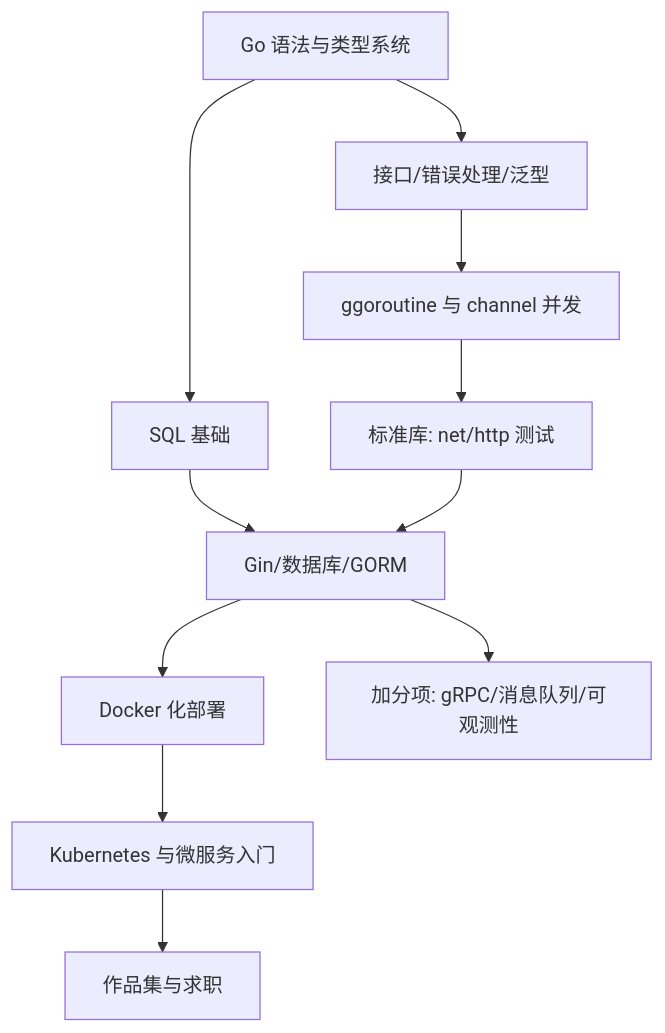
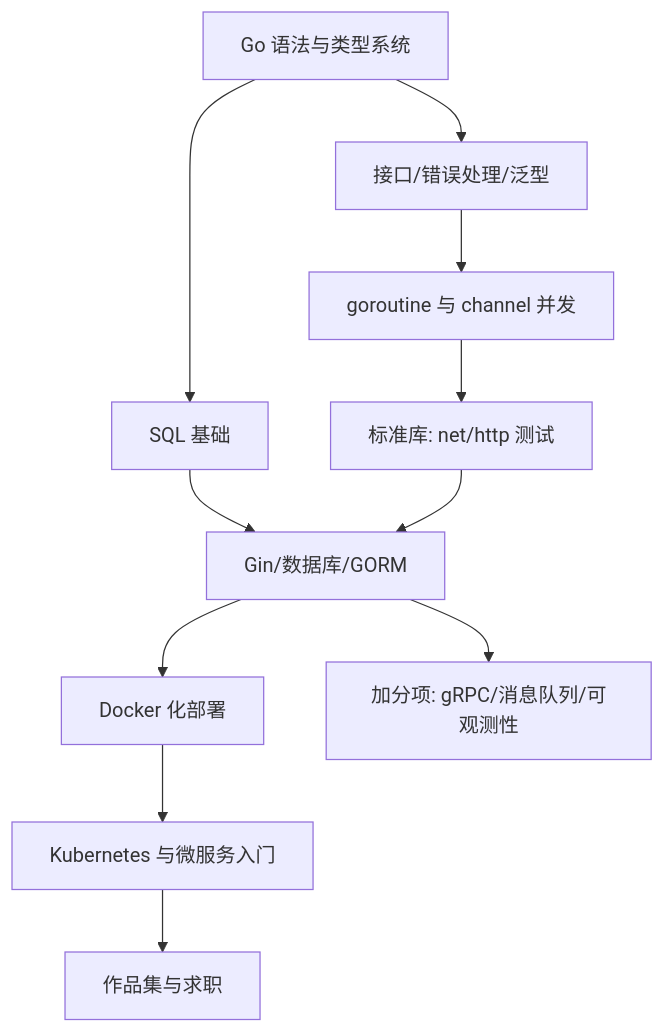
One commit to fanquanpp/FANDEX changed the diagram in cnt-content/full/042-roadmap/040-BackendGoRoute.md. Above: the diagram before and after it, drawn with Mermaid. The commit also changed 60 other files, not shown here.

First line of the commit message:
content(learning-notes): 波次一——入门链/路线图/git/github/python/html/css 学习笔记化重写

````diff
--- a/cnt-content/full/042-roadmap/040-BackendGoRoute.md
+++ b/cnt-content/full/042-roadmap/040-BackendGoRoute.md
@@ -26,13 +26,13 @@
 ```mermaid
 flowchart TD
     A[Go 语法与类型系统] --> B[接口/错误处理/泛型]
-    B --> C[ggoroutine 与 channel 并发]
+    B --> C[goroutine 与 channel 并发]
     C --> D[标准库: net/http 测试]
     A --> E[SQL 基础]
     E --> F[Gin/数据库/GORM]
     D --> F
     F --> G[Docker 化部署]
     G --> H[Kubernetes 与微服务入门]
     H --> I[作品集与求职]
     F --> J[加分项: gRPC/消息队列/可观测性]
 ```
````
